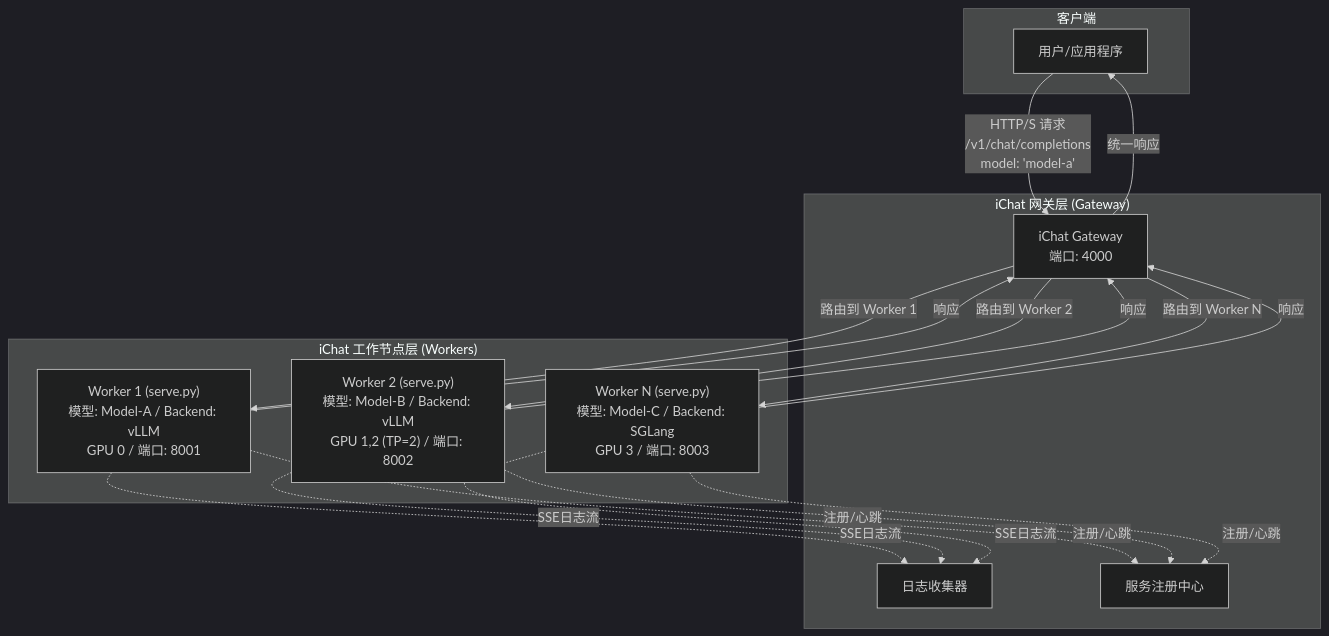
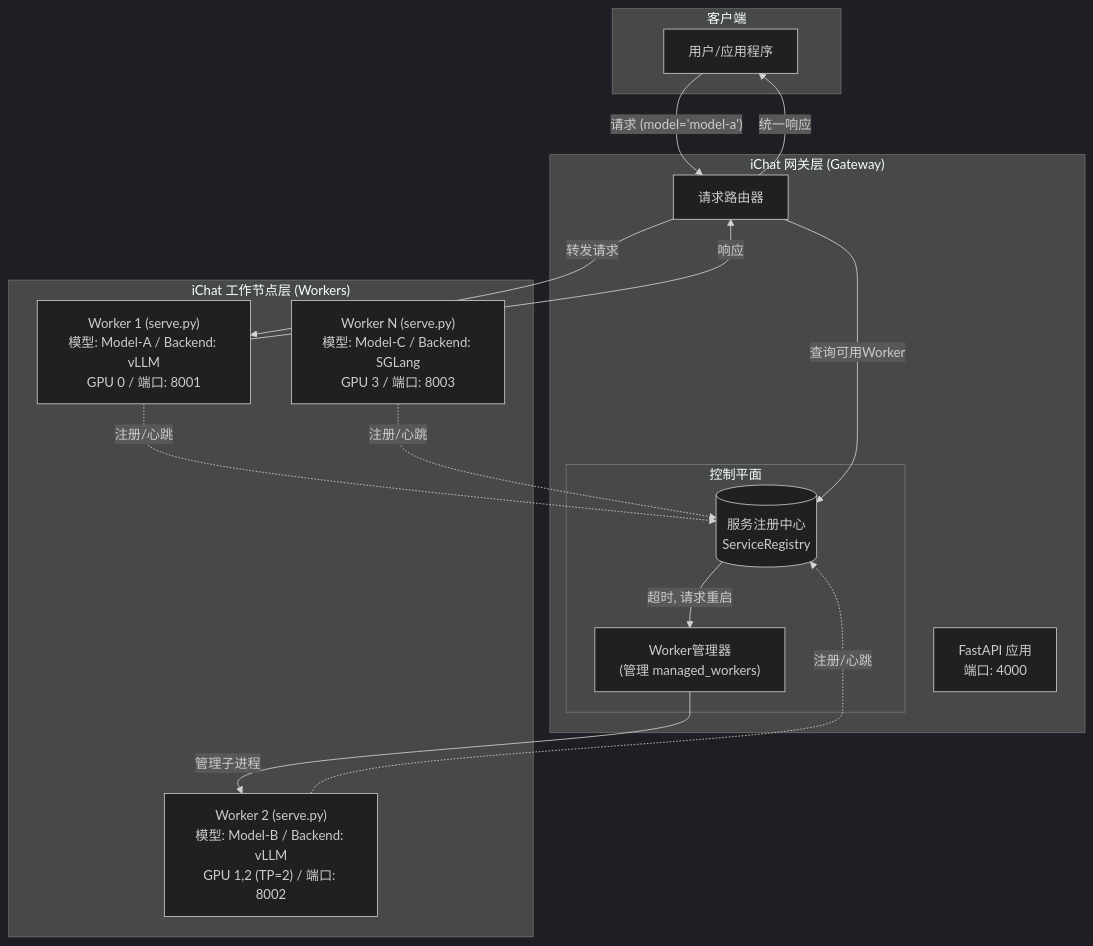
The diagram in docker-iei/ichat/README.md (rowan-fan/inference-iei), drawn with Mermaid (dark theme) before and after one commit. The commit also changed other lines of this file and 13 other files, not shown here.

````diff
--- a/docker-iei/ichat/README.md
+++ b/docker-iei/ichat/README.md
@@ -25,36 +27,36 @@
 ```mermaid
 graph TD
     subgraph "客户端"
         Client[用户/应用程序]
     end
 
     subgraph "iChat 网关层 (Gateway)"
-        Gateway["iChat Gateway<br>端口: 4000"]
-        LogCollector[日志收集器]
-        Registry[服务注册中心]
+        Gateway["FastAPI 应用<br>端口: 4000"]
+        Router["请求路由器"]
+        subgraph "控制平面"
+            Registry[("服务注册中心<br>ServiceRegistry")]
+            WorkerManager["Worker管理器<br>(管理 managed_workers)"]
+        end
     end
 
     subgraph "iChat 工作节点层 (Workers)"
         Worker1["Worker 1 (serve.py)<br>模型: Model-A / Backend: vLLM<br>GPU 0 / 端口: 8001"]
         Worker2["Worker 2 (serve.py)<br>模型: Model-B / Backend: vLLM<br>GPU 1,2 (TP=2) / 端口: 8002"]
         WorkerN["Worker N (serve.py)<br>模型: Model-C / Backend: SGLang<br>GPU 3 / 端口: 8003"]
     end
     
-    Client --> |"HTTP/S 请求<br>/v1/chat/completions<br>model: 'model-a'"| Gateway
-    Gateway -- "路由到 Worker 1" --> Worker1
-    Gateway -- "路由到 Worker 2" --> Worker2
-    Gateway -- "路由到 Worker N" --> WorkerN
+    Client --> |"请求 (model='model-a')"| Router
     
-    Worker1 --> |响应| Gateway
-    Worker2 --> |响应| Gateway
-    WorkerN --> |响应| Gateway
-    Gateway --> |统一响应| Client
+    Router -- "查询可用Worker" --> Registry
+    Router -- "转发请求" --> Worker1
     
+    Worker1 --> |响应| Router
+    Router --> |统一响应| Client
+    
+    WorkerManager -- "管理子进程" --> Worker2
+    Registry -- "超时, 请求重启" --> WorkerManager
+
     Worker1 -.-> |注册/心跳| Registry
     Worker2 -.-> |注册/心跳| Registry
     WorkerN -.-> |注册/心跳| Registry
-    
-    Worker1 -.-> |SSE日志流| LogCollector
-    Worker2 -.-> |SSE日志流| LogCollector
-    WorkerN -.-> |SSE日志流| LogCollector
 ```
````
